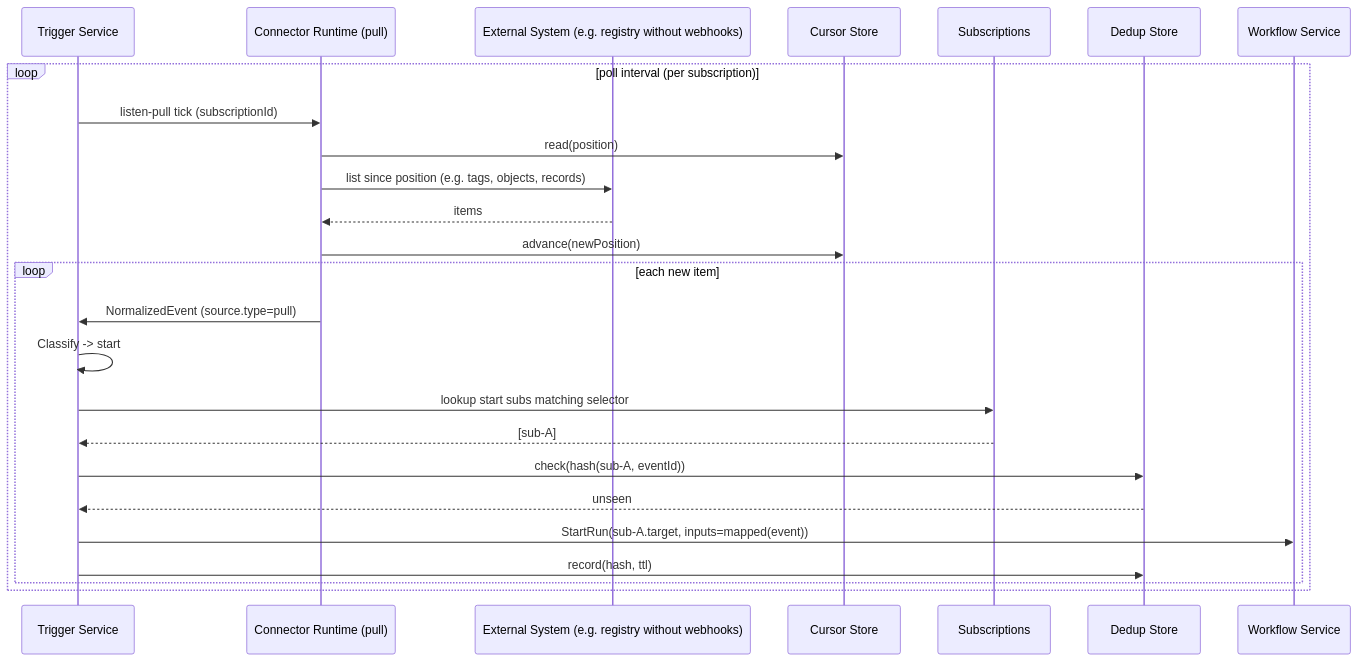
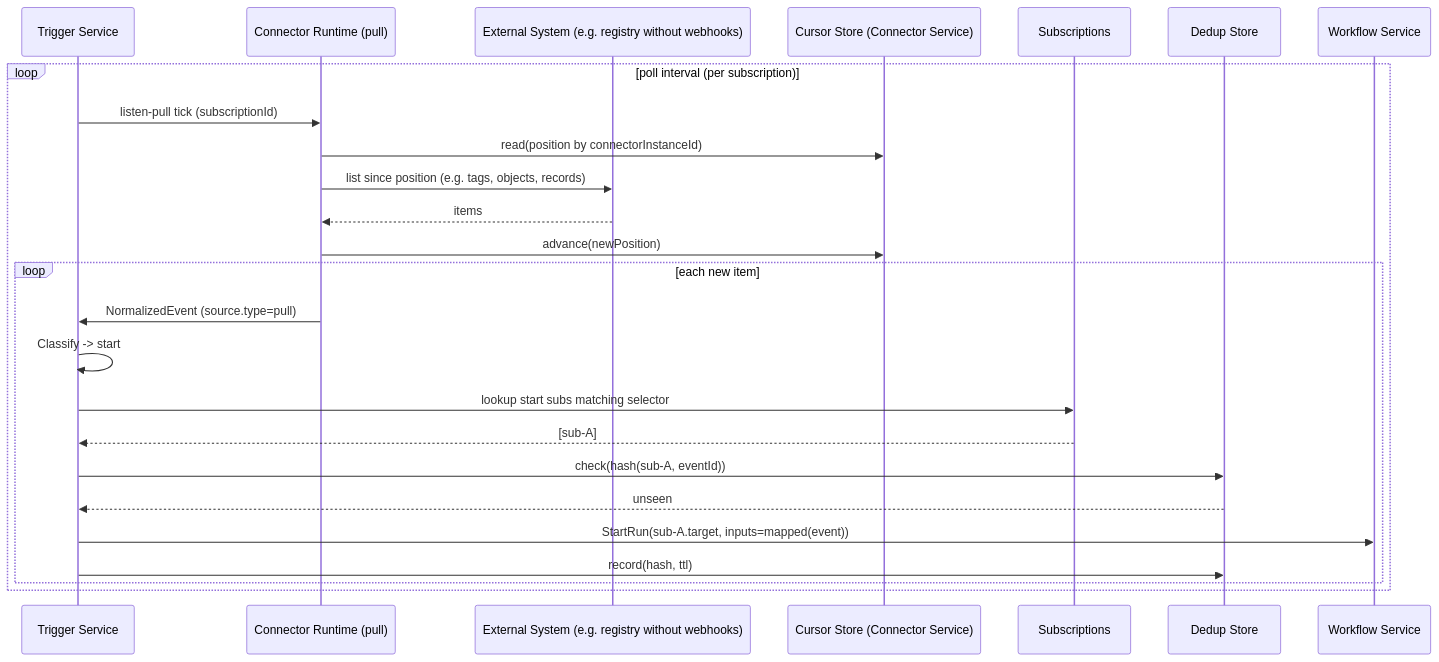
The third of 6 diagrams in design/components/trigger-service/design.md (toddysm/custos), drawn with Mermaid before and after one commit. The commit also changed other lines of this file and 8 other files, not shown here.

````diff
--- a/design/components/trigger-service/design.md
+++ b/design/components/trigger-service/design.md
@@ -114,28 +114,28 @@
 ```mermaid
 sequenceDiagram
     participant TS as Trigger Service
     participant CR as Connector Runtime (pull)
     participant Ext as External System (e.g. registry without webhooks)
-    participant Cursor as Cursor Store
+    participant Cursor as Cursor Store (Connector Service)
     participant Subs as Subscriptions
     participant Dedup as Dedup Store
     participant WF as Workflow Service
 
     loop poll interval (per subscription)
         TS->>CR: listen-pull tick (subscriptionId)
-        CR->>Cursor: read(position)
+        CR->>Cursor: read(position by connectorInstanceId)
         CR->>Ext: list since position (e.g. tags, objects, records)
         Ext-->>CR: items
         CR->>Cursor: advance(newPosition)
         loop each new item
             CR->>TS: NormalizedEvent (source.type=pull)
             TS->>TS: Classify -> start
             TS->>Subs: lookup start subs matching selector
             Subs-->>TS: [sub-A]
             TS->>Dedup: check(hash(sub-A, eventId))
             Dedup-->>TS: unseen
             TS->>WF: StartRun(sub-A.target, inputs=mapped(event))
             TS->>Dedup: record(hash, ttl)
         end
     end
 ```
````
